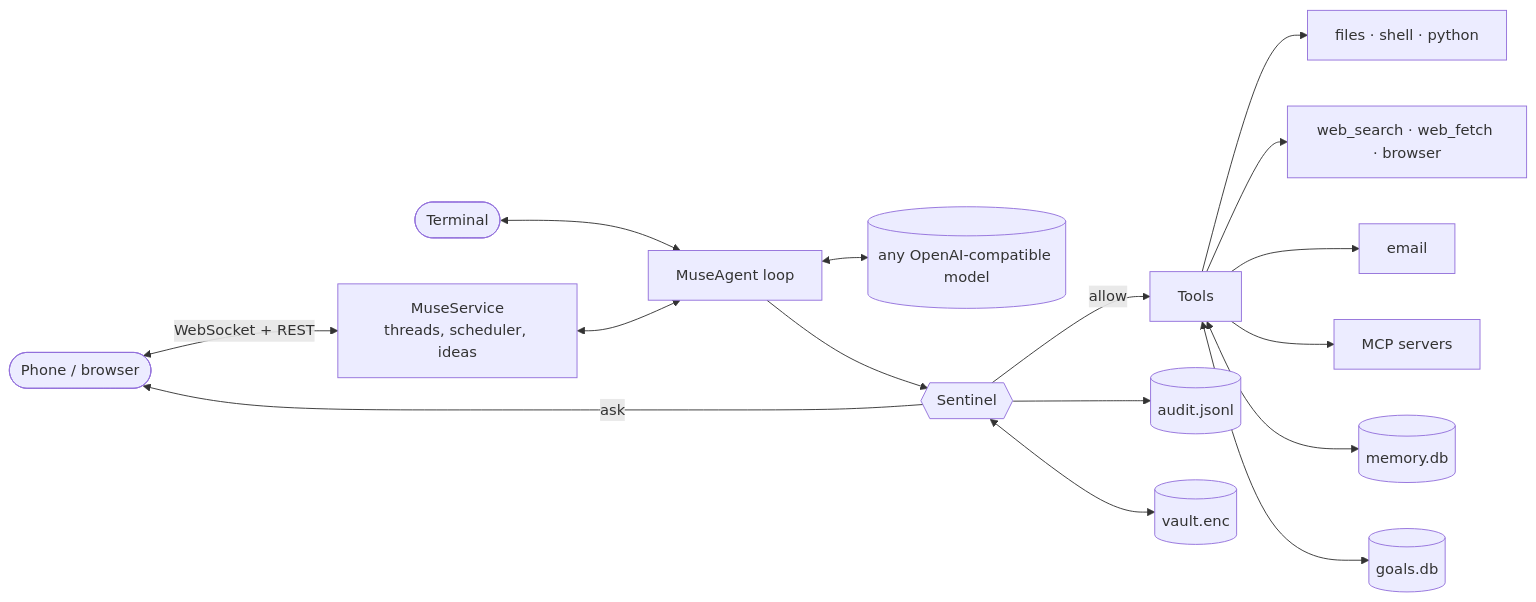
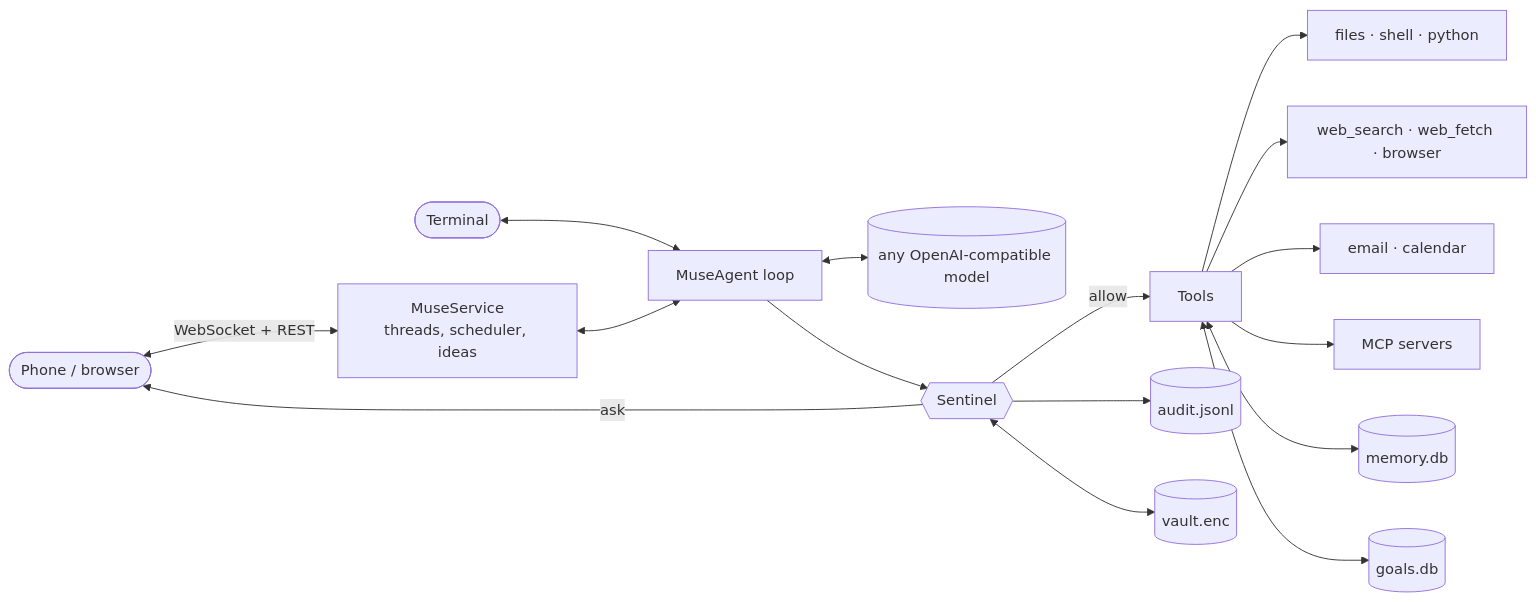
One commit to ArthurLemaire/CypherOS changed the diagram in README.md. Above: the diagram before and after it, drawn with Mermaid. The commit also changed other lines of this file and 28 other files, not shown here.

````diff
--- a/README.md
+++ b/README.md
@@ -181,18 +181,18 @@
 ```mermaid
 flowchart LR
     P([Phone / browser]) <-- WebSocket + REST --> S[MuseService<br/>threads, scheduler, ideas]
     C([Terminal]) <--> A
     S <--> A[MuseAgent loop]
     A <--> LLM[(any OpenAI-compatible model)]
     A --> G{{Sentinel}}
     G -- allow --> T[Tools]
     G -- ask --> P
     G --> AU[(audit.jsonl)]
     G <--> V[(vault.enc)]
     T --> F[files · shell · python]
     T --> W[web_search · web_fetch · browser]
-    T --> E[email]
+    T --> E[email · calendar]
     T --> MCP[MCP servers]
     T <--> M[(memory.db)]
     T <--> GO[(goals.db)]
 ```
````
